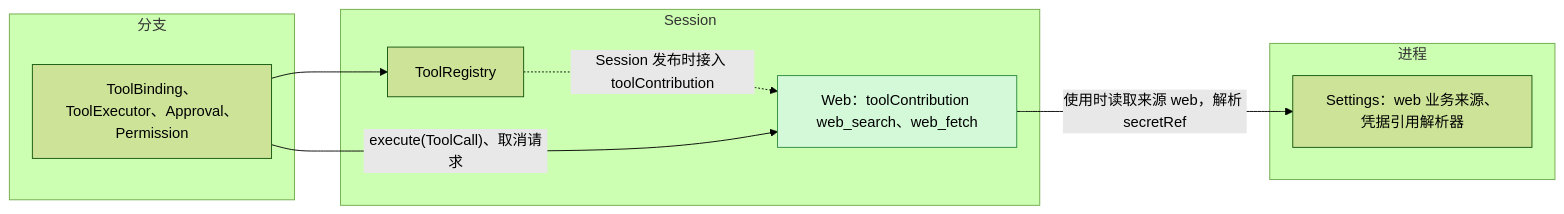
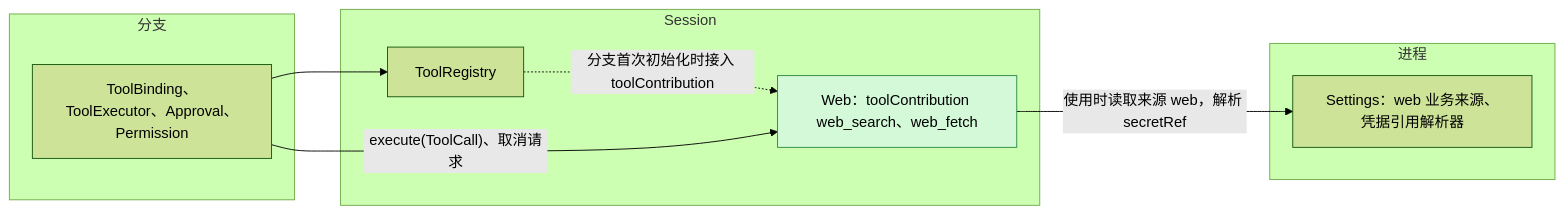
One commit to CoutinhoTTS/dim-agent changed the first of 5 diagrams in docs/zh/design/plugins/Web.md. Above: the diagram before and after it, drawn with Mermaid (forest theme). The commit also changed other lines of this file and 19 other files, not shown here.

````diff
--- a/docs/zh/design/plugins/Web.md
+++ b/docs/zh/design/plugins/Web.md
@@ -9,18 +9,18 @@
 ```mermaid
 flowchart LR
   subgraph PROC["进程"]
     Settings["Settings：web 业务来源、凭据引用解析器"]
   end
   subgraph SESS["Session"]
     Web["Web：toolContribution web_search、web_fetch"]:::new
     ToolRegistry["ToolRegistry"]
   end
   subgraph BR["分支"]
     Exec["ToolBinding、ToolExecutor、Approval、Permission"]
   end
   Web -->|"使用时读取来源 web，解析 secretRef"| Settings
-  ToolRegistry -.->|"Session 发布时接入 toolContribution"| Web
+  ToolRegistry -.->|"分支首次初始化时接入 toolContribution"| Web
   Exec --> ToolRegistry
   Exec -->|"execute(ToolCall)、取消请求"| Web
   classDef new fill:#d3f9d8,stroke:#2b8a3e,color:#000
 ```
````
